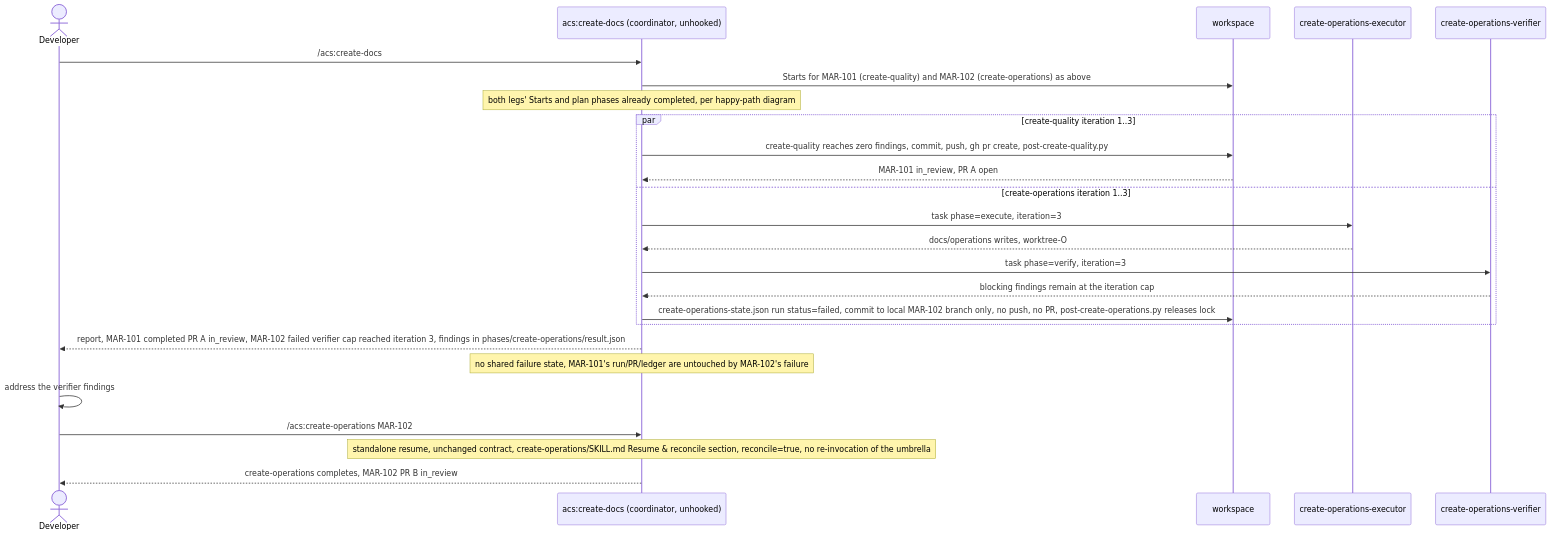
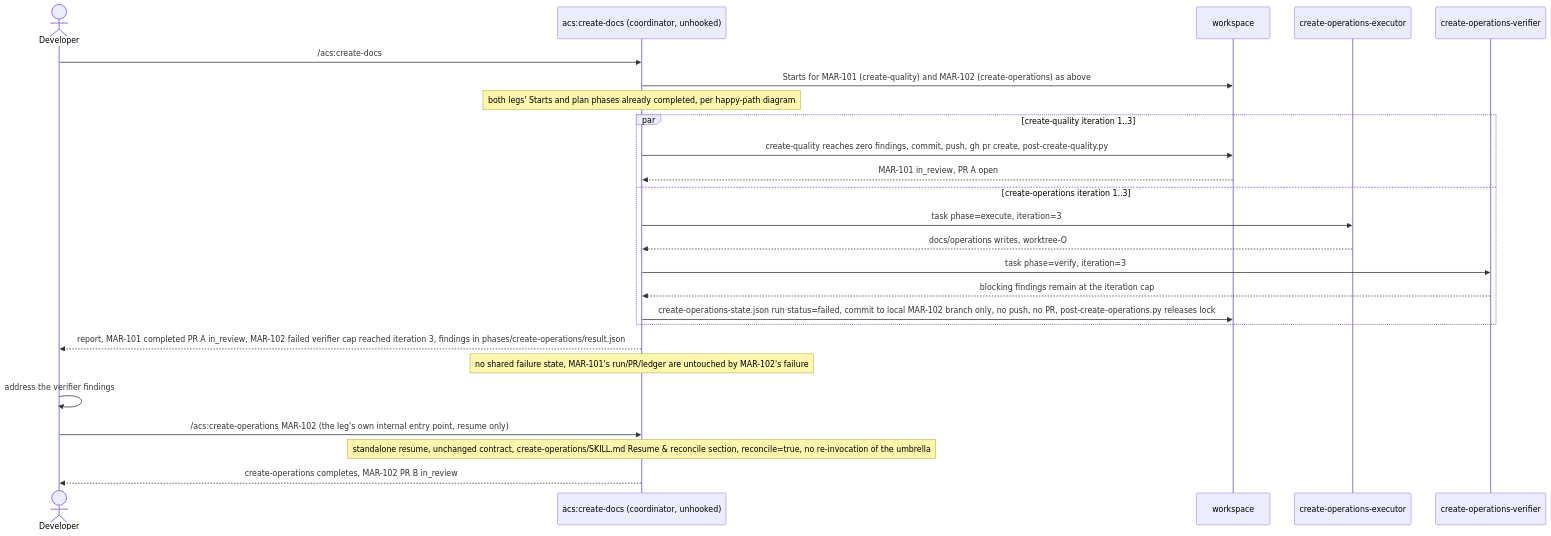
The second of 2 diagrams in docs/architecture/lld/flows/doc-bootstrap-fanout.md (globalmindsolution/gms-marketplace), drawn with Mermaid before and after one commit. The commit also changed other lines of this file and 50 other files, not shown here.

````diff
--- a/docs/architecture/lld/flows/doc-bootstrap-fanout.md
+++ b/docs/architecture/lld/flows/doc-bootstrap-fanout.md
@@ -76,31 +109,31 @@
 ```mermaid
 sequenceDiagram
     actor Dev as Developer
     participant CD as acs:create-docs (coordinator, unhooked)
     participant WS as workspace
     participant EXO as create-operations-executor
     participant VFO as create-operations-verifier
 
     Dev->>CD: /acs:create-docs
     CD->>WS: Starts for MAR-101 (create-quality) and MAR-102 (create-operations) as above
     note over CD: both legs' Starts and plan phases already completed, per happy-path diagram
 
     par create-quality iteration 1..3
         CD->>WS: create-quality reaches zero findings, commit, push, gh pr create, post-create-quality.py
         WS-->>CD: MAR-101 in_review, PR A open
     and create-operations iteration 1..3
         CD->>EXO: task phase=execute, iteration=3
         EXO-->>CD: docs/operations writes, worktree-O
         CD->>VFO: task phase=verify, iteration=3
         VFO-->>CD: blocking findings remain at the iteration cap
         CD->>WS: create-operations-state.json run status=failed, commit to local MAR-102 branch only, no push, no PR, post-create-operations.py releases lock
     end
 
     CD-->>Dev: report, MAR-101 completed PR A in_review, MAR-102 failed verifier cap reached iteration 3, findings in phases/create-operations/result.json
     note over CD: no shared failure state, MAR-101's run/PR/ledger are untouched by MAR-102's failure
 
     Dev->>Dev: address the verifier findings
-    Dev->>CD: /acs:create-operations MAR-102
+    Dev->>CD: /acs:create-operations MAR-102 (the leg's own internal entry point, resume only)
     note over CD: standalone resume, unchanged contract, create-operations/SKILL.md Resume & reconcile section, reconcile=true, no re-invocation of the umbrella
     CD-->>Dev: create-operations completes, MAR-102 PR B in_review
 ```
````
